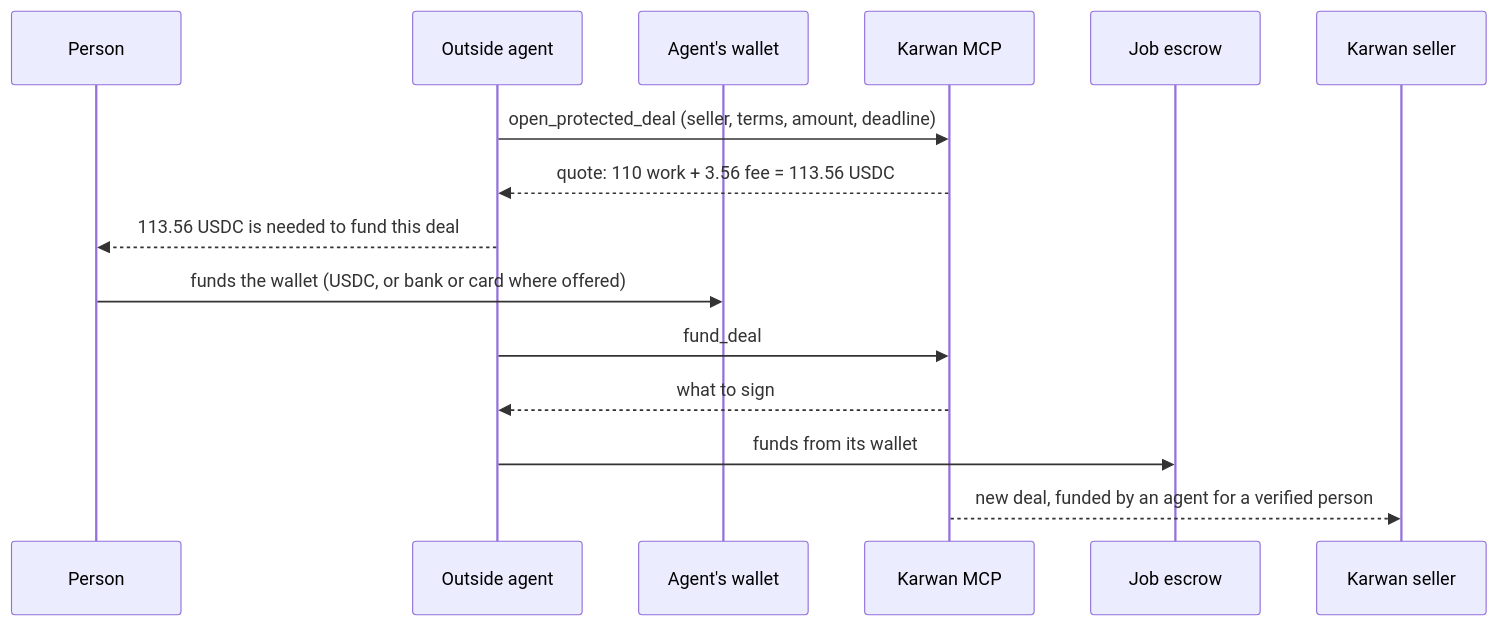
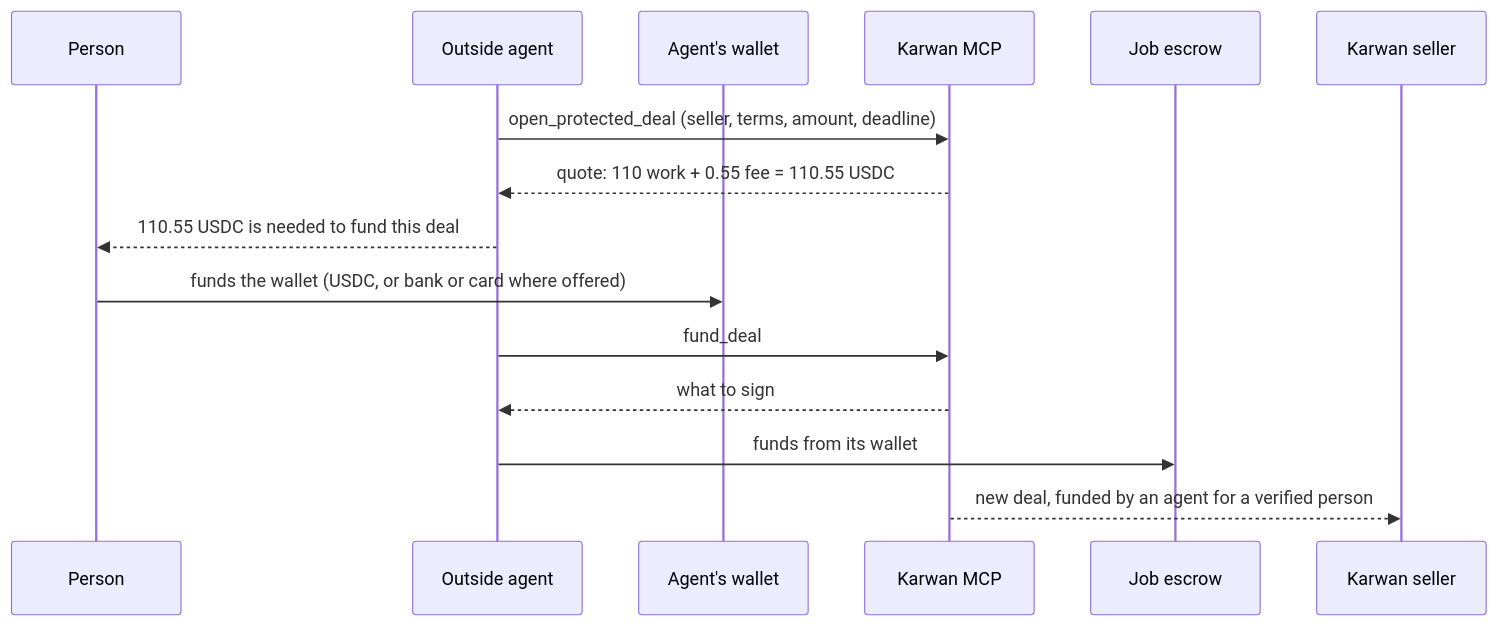
The fourth of 6 diagrams in docs/architecture/15-outside-agents.md (Iziedking/Karwan), drawn with Mermaid before and after one commit. The commit also changed other lines of this file and 1 other file, not shown here.

Commit message:
docs(agents): a guide for connecting an outside agent

````diff
--- a/docs/architecture/15-outside-agents.md
+++ b/docs/architecture/15-outside-agents.md
@@ -76,17 +76,17 @@
 ```mermaid
 sequenceDiagram
   participant P as Person
   participant OA as Outside agent
   participant W as Agent's wallet
   participant MCP as Karwan MCP
   participant E as Job escrow
   participant S as Karwan seller
   OA->>MCP: open_protected_deal (seller, terms, amount, deadline)
-  MCP-->>OA: quote: 110 work + 3.56 fee = 113.56 USDC
-  OA-->>P: 113.56 USDC is needed to fund this deal
+  MCP-->>OA: quote: 110 work + 0.55 fee = 110.55 USDC
+  OA-->>P: 110.55 USDC is needed to fund this deal
   P->>W: funds the wallet (USDC, or bank or card where offered)
   OA->>MCP: fund_deal
   MCP-->>OA: what to sign
   OA->>E: funds from its wallet
   MCP-->>S: new deal, funded by an agent for a verified person
 ```
````
